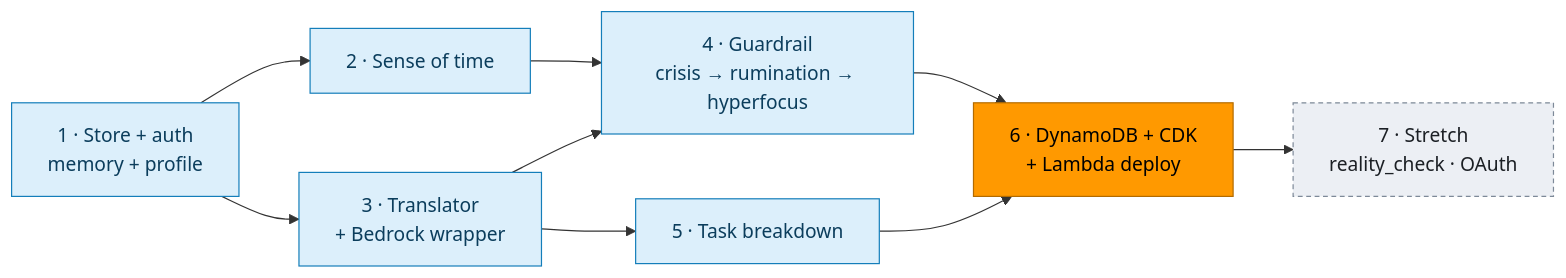
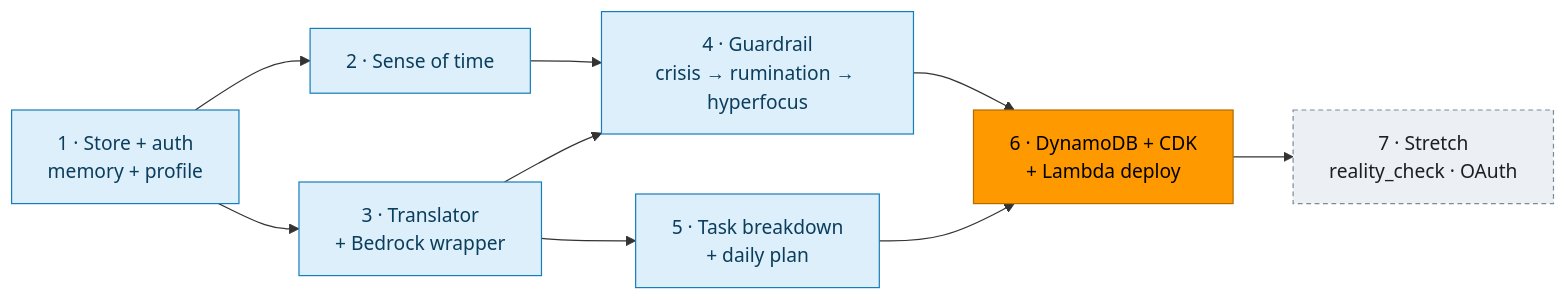
One commit to navinrc/NeuroCare changed the ninth of 9 diagrams in docs/spec.md. Above: the diagram before and after it, drawn with Mermaid. The commit also changed other lines of this file, not shown here.

First line of the commit message:
docs: add daily plan pillar inspired by ADHD planners

````diff
--- a/docs/spec.md
+++ b/docs/spec.md
@@ -637,18 +698,18 @@
 ```mermaid
 flowchart LR
     P1[1 · Store + auth<br/>memory + profile] --> P2[2 · Sense of time]
     P1 --> P3[3 · Translator<br/>+ Bedrock wrapper]
     P2 --> P4[4 · Guardrail<br/>crisis → rumination → hyperfocus]
     P3 --> P4
-    P3 --> P5[5 · Task breakdown]
+    P3 --> P5[5 · Task breakdown<br/>+ daily plan]
     P4 --> P6[6 · DynamoDB + CDK<br/>+ Lambda deploy]
     P5 --> P6
     P6 --> P7[7 · Stretch<br/>reality_check · OAuth]
 
     classDef mvp fill:#DCEFFB,stroke:#147EBA,color:#0B3D5C
     classDef aws fill:#FF9900,stroke:#B36B00,color:#000000
     classDef stretch fill:#ECEFF4,stroke:#7D8998,color:#1B1F24,stroke-dasharray:4 3
     class P1,P2,P3,P4,P5 mvp
     class P6 aws
     class P7 stretch
 ```
````
